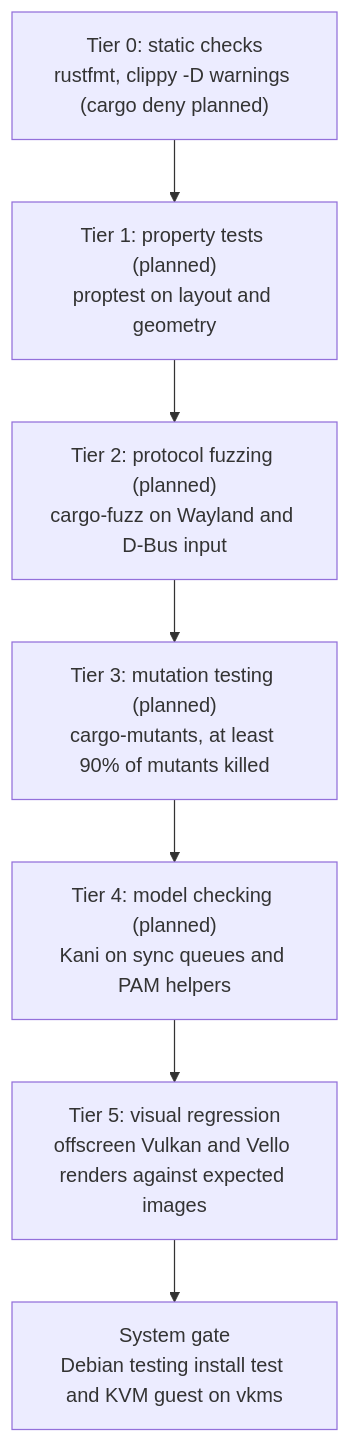
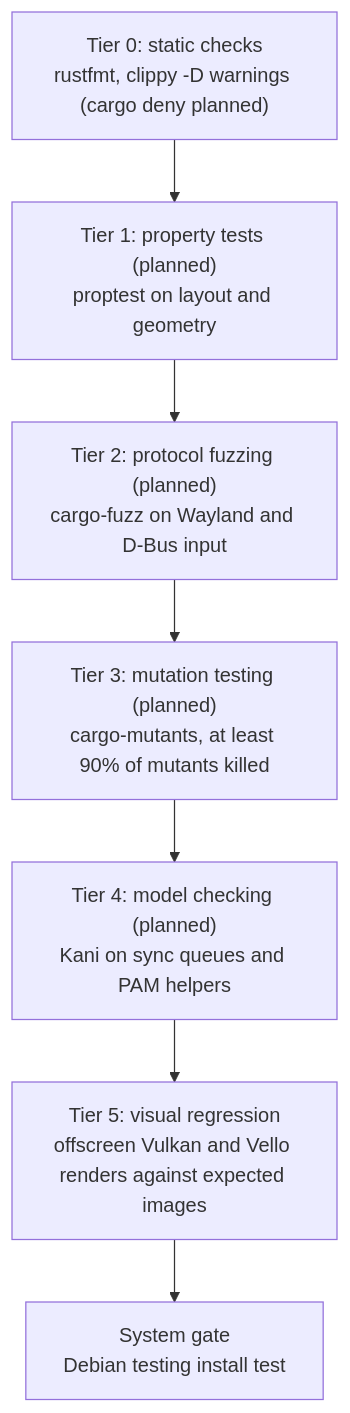
Before and after one commit to bande-linux/desktop: the diagram in docs/architecture/ci.md, drawn with Mermaid. The commit also changed other lines of this file and 20 other files, not shown here.

````diff
--- a/docs/architecture/ci.md
+++ b/docs/architecture/ci.md
@@ -168,10 +148,10 @@
 ```mermaid
 flowchart TD
     T0["Tier 0: static checks<br/>rustfmt, clippy -D warnings (cargo deny planned)"] --> T1
     T1["Tier 1: property tests (planned)<br/>proptest on layout and geometry"] --> T2
     T2["Tier 2: protocol fuzzing (planned)<br/>cargo-fuzz on Wayland and D-Bus input"] --> T3
     T3["Tier 3: mutation testing (planned)<br/>cargo-mutants, at least 90% of mutants killed"] --> T4
     T4["Tier 4: model checking (planned)<br/>Kani on sync queues and PAM helpers"] --> T5
     T5["Tier 5: visual regression<br/>offscreen Vulkan and Vello renders against expected images"] --> VM
-    VM["System gate<br/>Debian testing install test and KVM guest on vkms"]
+    VM["System gate<br/>Debian testing install test"]
 ```
````
